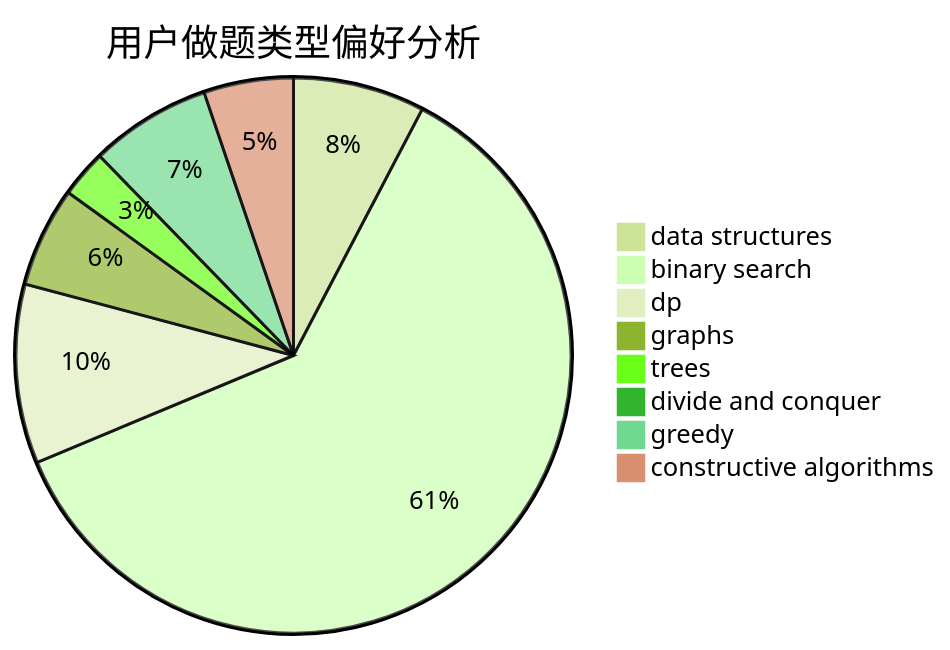
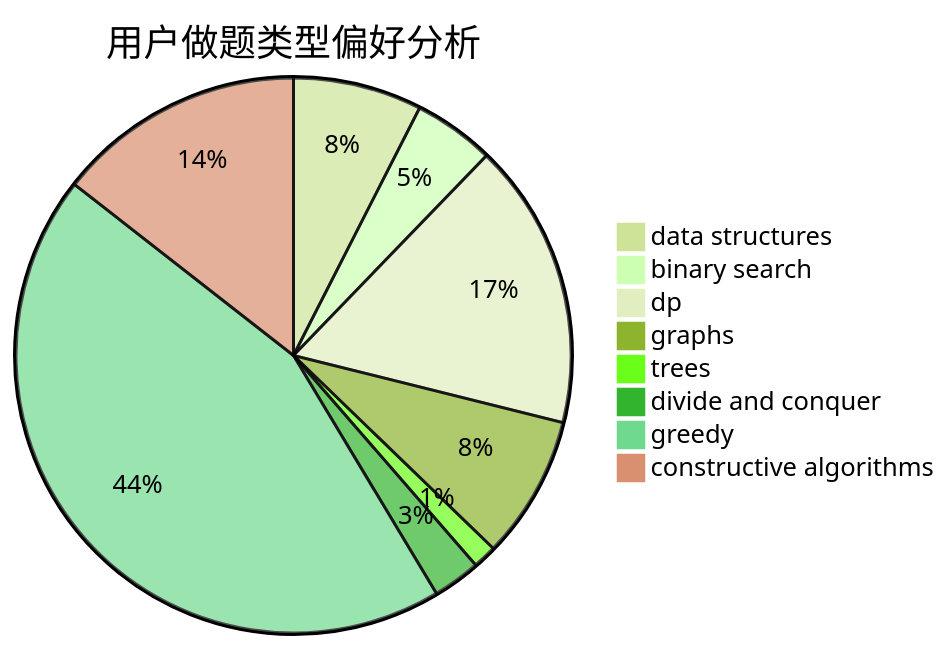
The second of 3 diagrams in docs/user/u1753.md (sherpahu/cfrs.github.io), drawn with Mermaid (forest theme) before and after one commit. The commit also changed other lines of this file and 2770 other files, not shown here.

````diff
--- a/docs/user/u1753.md
+++ b/docs/user/u1753.md
@@ -23,11 +23,11 @@
 ```mermaid
 pie title 用户做题类型偏好分析
-    "data structures" :  25
-    "binary search" :  199
-    "dp" :  34
-    "graphs" :  19
-    "trees" :  9
-    "divide and conquer" :  0
-    "greedy" :  23
-    "constructive algorithms" :  17
+    "data structures" :  27
+    "binary search" :  17
+    "dp" :  60
+    "graphs" :  30
+    "trees" :  5
+    "divide and conquer" :  10
+    "greedy" :  159
+    "constructive algorithms" :  52
 ```
````
